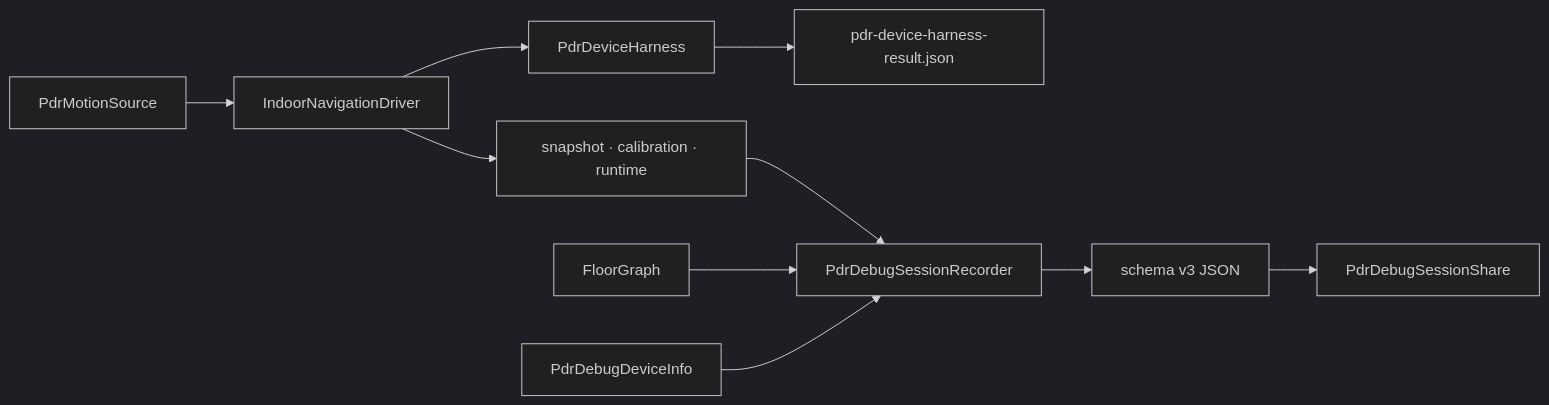
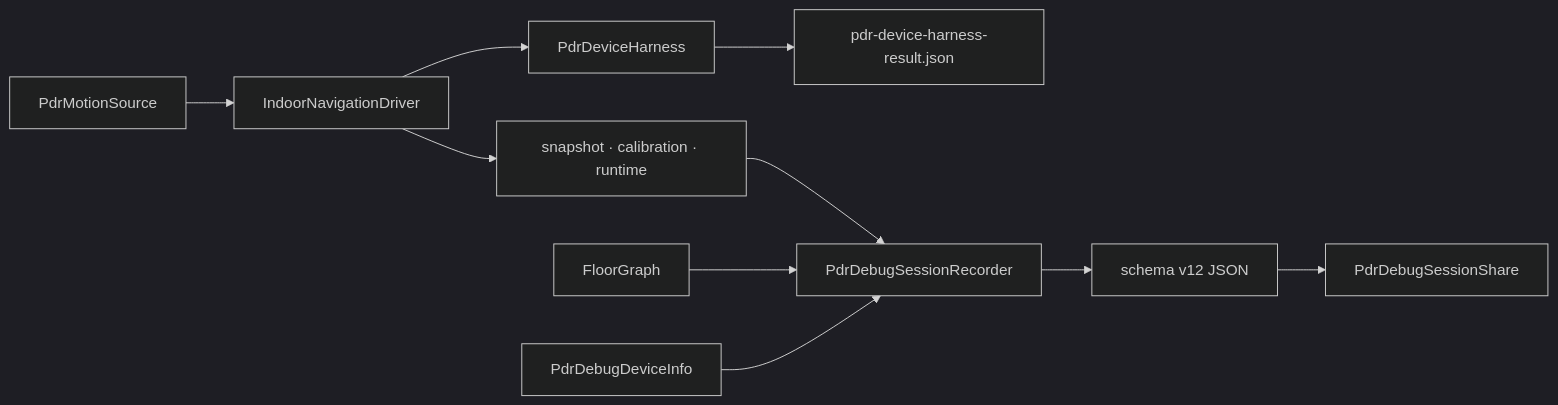
Before and after one commit to Routex-labs/Navigation: the diagram in client/lib/features/indoor_navigation/debug/README.md, drawn with Mermaid (dark theme). The commit also changed other lines of this file and 15 other files, not shown here.

````diff
--- a/client/lib/features/indoor_navigation/debug/README.md
+++ b/client/lib/features/indoor_navigation/debug/README.md
@@ -17,20 +17,20 @@
 ```mermaid
 flowchart LR
     SOURCE["PdrMotionSource"]
     DRIVER["IndoorNavigationDriver"]
     HARNESS["PdrDeviceHarness"]
     RECEIPT["pdr-device-harness-result.json"]
 
     SNAPSHOT["snapshot · calibration · runtime"]
     GRAPH["FloorGraph"]
     RECORDER["PdrDebugSessionRecorder"]
     DEVICE["PdrDebugDeviceInfo"]
-    JSON["schema v3 JSON"]
+    JSON["schema v12 JSON"]
     SHARE["PdrDebugSessionShare"]
 
     SOURCE --> DRIVER --> HARNESS --> RECEIPT
     DRIVER --> SNAPSHOT --> RECORDER
     GRAPH --> RECORDER
     DEVICE --> RECORDER
     RECORDER --> JSON --> SHARE
 ```
````
